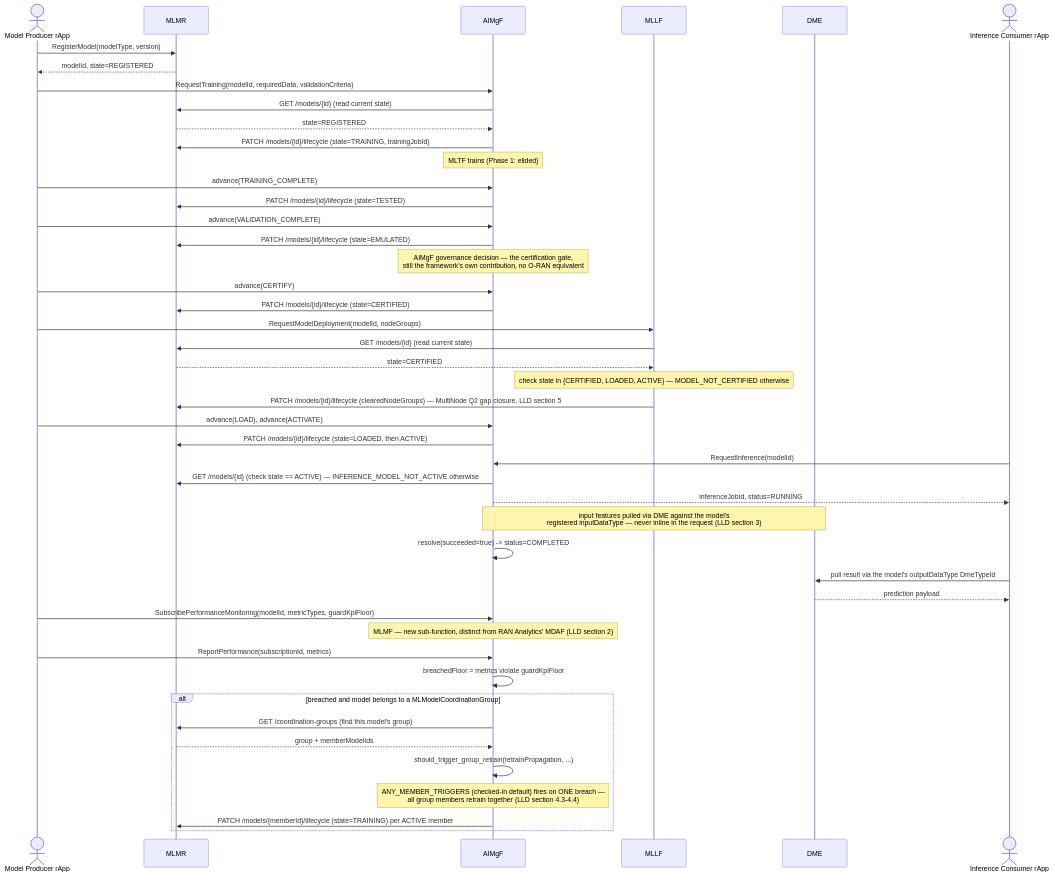
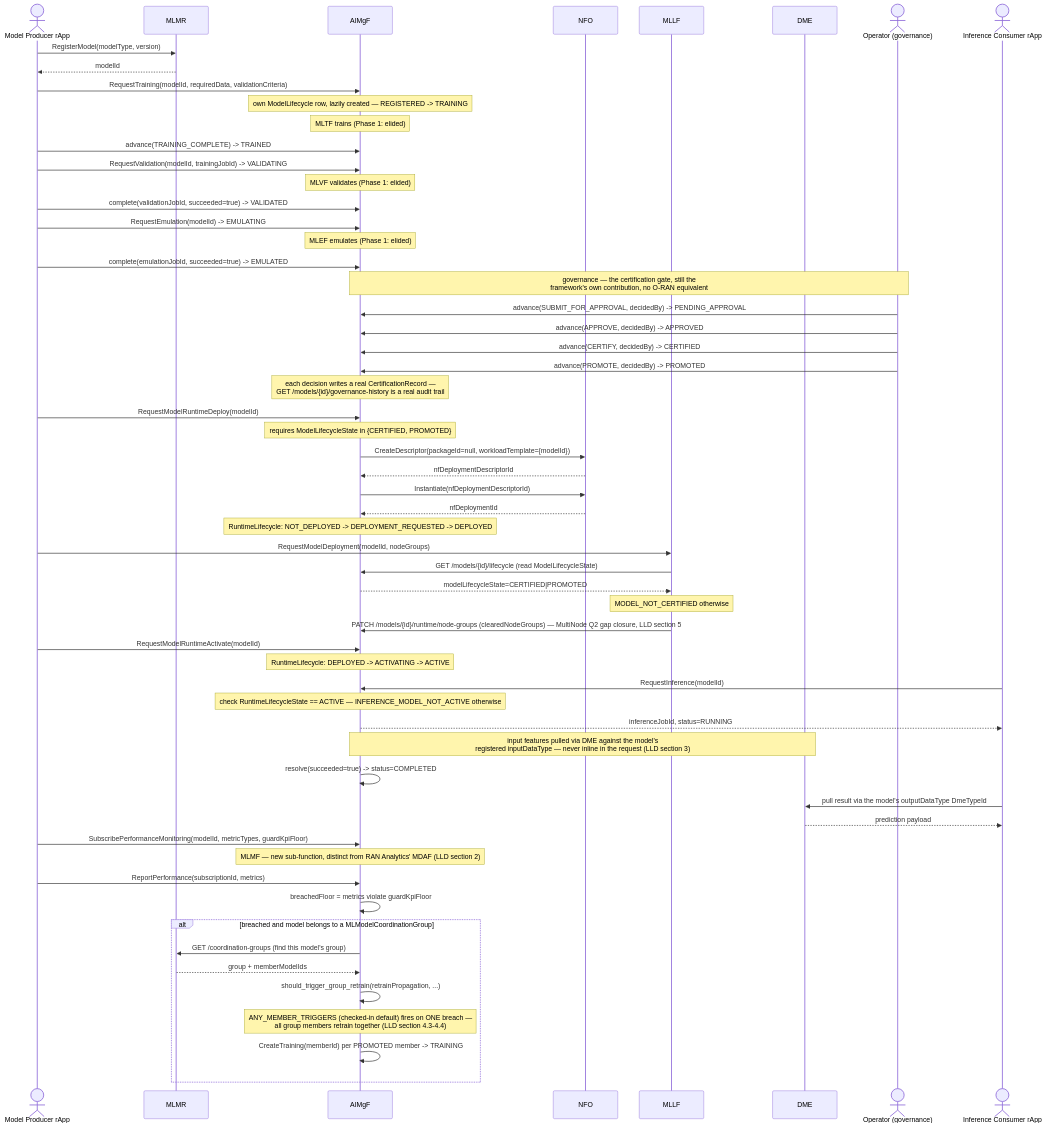
The diagram in smo/docs/call-flows/02-aiml-model-train-to-inference.md (rsys-bshankar/ai-ran-ref), drawn with Mermaid before and after one commit. The commit also changed other lines of this file and 41 other files, not shown here.

First line of the commit message:
Wave 2: AIMgF's own ModelLifecycle/RuntimeLifecycle state machines + domain model

````diff
--- a/smo/docs/call-flows/02-aiml-model-train-to-inference.md
+++ b/smo/docs/call-flows/02-aiml-model-train-to-inference.md
@@ -16,53 +24,69 @@
 ```mermaid
 sequenceDiagram
     actor Producer as Model Producer rApp
     participant MLMR as MLMR
     participant AIMgF as AIMgF
+    participant NFO as NFO
     participant MLLF as MLLF
     participant DME as DME
+    actor Operator as Operator (governance)
     actor Consumer as Inference Consumer rApp
 
     Producer->>MLMR: RegisterModel(modelType, version)
-    MLMR-->>Producer: modelId, state=REGISTERED
+    MLMR-->>Producer: modelId
 
     Producer->>AIMgF: RequestTraining(modelId, requiredData, validationCriteria)
-    AIMgF->>MLMR: GET /models/{id} (read current state)
-    MLMR-->>AIMgF: state=REGISTERED
-    AIMgF->>MLMR: PATCH /models/{id}/lifecycle (state=TRAINING, trainingJobId)
+    Note over AIMgF: own ModelLifecycle row, lazily created — REGISTERED -> TRAINING
     Note over AIMgF: MLTF trains (Phase 1: elided)
-    Producer->>AIMgF: advance(TRAINING_COMPLETE)
-    AIMgF->>MLMR: PATCH /models/{id}/lifecycle (state=TESTED)
-    Producer->>AIMgF: advance(VALIDATION_COMPLETE)
-    AIMgF->>MLMR: PATCH /models/{id}/lifecycle (state=EMULATED)
-    Note over AIMgF: AIMgF governance decision — the certification gate,<br/>still the framework's own contribution, no O-RAN equivalent
-    Producer->>AIMgF: advance(CERTIFY)
-    AIMgF->>MLMR: PATCH /models/{id}/lifecycle (state=CERTIFIED)
+    Producer->>AIMgF: advance(TRAINING_COMPLETE) -> TRAINED
 
+    Producer->>AIMgF: RequestValidation(modelId, trainingJobId) -> VALIDATING
+    Note over AIMgF: MLVF validates (Phase 1: elided)
+    Producer->>AIMgF: complete(validationJobId, succeeded=true) -> VALIDATED
+
+    Producer->>AIMgF: RequestEmulation(modelId) -> EMULATING
+    Note over AIMgF: MLEF emulates (Phase 1: elided)
+    Producer->>AIMgF: complete(emulationJobId, succeeded=true) -> EMULATED
+
+    Note over Operator,AIMgF: governance — the certification gate, still the<br/>framework's own contribution, no O-RAN equivalent
+    Operator->>AIMgF: advance(SUBMIT_FOR_APPROVAL, decidedBy) -> PENDING_APPROVAL
+    Operator->>AIMgF: advance(APPROVE, decidedBy) -> APPROVED
+    Operator->>AIMgF: advance(CERTIFY, decidedBy) -> CERTIFIED
+    Operator->>AIMgF: advance(PROMOTE, decidedBy) -> PROMOTED
+    Note over AIMgF: each decision writes a real CertificationRecord —<br/>GET /models/{id}/governance-history is a real audit trail
+
+    Producer->>AIMgF: RequestModelRuntimeDeploy(modelId)
+    Note over AIMgF: requires ModelLifecycleState in {CERTIFIED, PROMOTED}
+    AIMgF->>NFO: CreateDescriptor(packageId=null, workloadTemplate={modelId})
+    NFO-->>AIMgF: nfDeploymentDescriptorId
+    AIMgF->>NFO: Instantiate(nfDeploymentDescriptorId)
+    NFO-->>AIMgF: nfDeploymentId
+    Note over AIMgF: RuntimeLifecycle: NOT_DEPLOYED -> DEPLOYMENT_REQUESTED -> DEPLOYED
     Producer->>MLLF: RequestModelDeployment(modelId, nodeGroups)
-    MLLF->>MLMR: GET /models/{id} (read current state)
-    MLMR-->>MLLF: state=CERTIFIED
-    Note over MLLF: check state in {CERTIFIED, LOADED, ACTIVE} — MODEL_NOT_CERTIFIED otherwise
-    MLLF->>MLMR: PATCH /models/{id}/lifecycle (clearedNodeGroups) — MultiNode Q2 gap closure, LLD section 5
-    Producer->>AIMgF: advance(LOAD), advance(ACTIVATE)
-    AIMgF->>MLMR: PATCH /models/{id}/lifecycle (state=LOADED, then ACTIVE)
+    MLLF->>AIMgF: GET /models/{id}/lifecycle (read ModelLifecycleState)
+    AIMgF-->>MLLF: modelLifecycleState=CERTIFIED|PROMOTED
+    Note over MLLF: MODEL_NOT_CERTIFIED otherwise
+    MLLF->>AIMgF: PATCH /models/{id}/runtime/node-groups (clearedNodeGroups) — MultiNode Q2 gap closure, LLD section 5
+    Producer->>AIMgF: RequestModelRuntimeActivate(modelId)
+    Note over AIMgF: RuntimeLifecycle: DEPLOYED -> ACTIVATING -> ACTIVE
 
     Consumer->>AIMgF: RequestInference(modelId)
-    AIMgF->>MLMR: GET /models/{id} (check state == ACTIVE) — INFERENCE_MODEL_NOT_ACTIVE otherwise
+    Note over AIMgF: check RuntimeLifecycleState == ACTIVE — INFERENCE_MODEL_NOT_ACTIVE otherwise
     AIMgF-->>Consumer: inferenceJobId, status=RUNNING
     Note over AIMgF,DME: input features pulled via DME against the model's<br/>registered inputDataType — never inline in the request (LLD section 3)
     AIMgF->>AIMgF: resolve(succeeded=true) -> status=COMPLETED
     Consumer->>DME: pull result via the model's outputDataType DmeTypeId
     DME-->>Consumer: prediction payload
 
     Producer->>AIMgF: SubscribePerformanceMonitoring(modelId, metricTypes, guardKpiFloor)
     Note over AIMgF: MLMF — new sub-function, distinct from RAN Analytics' MDAF (LLD section 2)
     Producer->>AIMgF: ReportPerformance(subscriptionId, metrics)
     AIMgF->>AIMgF: breachedFloor = metrics violate guardKpiFloor
     alt breached and model belongs to a MLModelCoordinationGroup
         AIMgF->>MLMR: GET /coordination-groups (find this model's group)
         MLMR-->>AIMgF: group + memberModelIds
         AIMgF->>AIMgF: should_trigger_group_retrain(retrainPropagation, ...)
         Note over AIMgF: ANY_MEMBER_TRIGGERS (checked-in default) fires on ONE breach —<br/>all group members retrain together (LLD section 4.3-4.4)
-        AIMgF->>MLMR: PATCH /models/{memberId}/lifecycle (state=TRAINING) per ACTIVE member
+        AIMgF->>AIMgF: CreateTraining(memberId) per PROMOTED member -> TRAINING
     end
 ```
````
